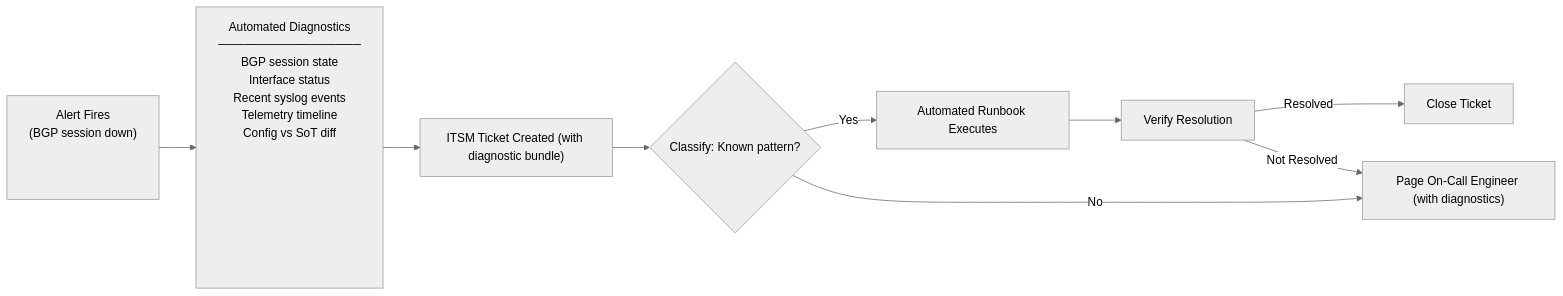
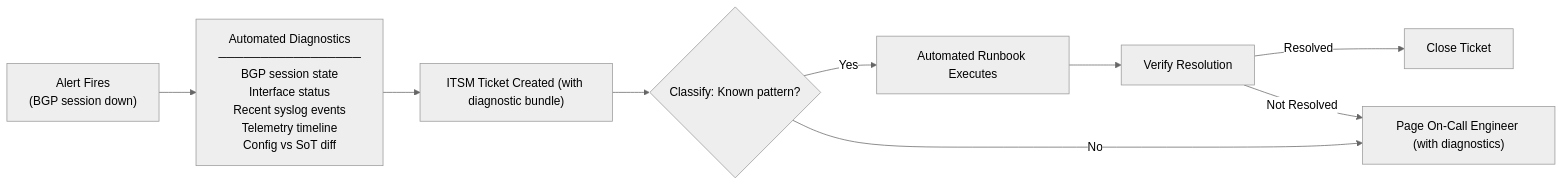
Before and after one commit to ppklau/network_automation_handbook: the third of 4 diagrams in 08-operations-automation/chapter.md, drawn with Mermaid (neutral theme). The commit also changed other lines of this file and 9 other files, not shown here.

Commit message:
Updated Mermaid charts.

````diff
--- a/08-operations-automation/chapter.md
+++ b/08-operations-automation/chapter.md
@@ -201,11 +201,11 @@
 ```mermaid
 graph LR
-    ALERT["<div style='min-height:110px'>Alert Fires<br>(BGP session down)</div>"] --> DIAG["<div style='min-height:350px'>Automated Diagnostics<br>─────────────────<br>BGP session state<br>Interface status<br>Recent syslog events<br>Telemetry timeline<br>Config vs SoT diff</div>"]
+    ALERT["Alert Fires<br>(BGP session down)"] --> DIAG["Automated Diagnostics<br>─────────────────<br>BGP session state<br>Interface status<br>Recent syslog events<br>Telemetry timeline<br>Config vs SoT diff"]
     DIAG --> TICKET["ITSM Ticket Created (with diagnostic bundle)"]
     TICKET --> CLASSIFY{"Classify: Known pattern?"}
     CLASSIFY -->|"Yes"| AUTO["Automated Runbook Executes"]
     CLASSIFY -->|"No"| PAGE["Page On-Call Engineer (with diagnostics)"]
     AUTO --> VERIFY["Verify Resolution"]
     VERIFY -->|"Resolved"| CLOSE["Close Ticket"]
     VERIFY -->|"Not Resolved"| PAGE
 ```
````
